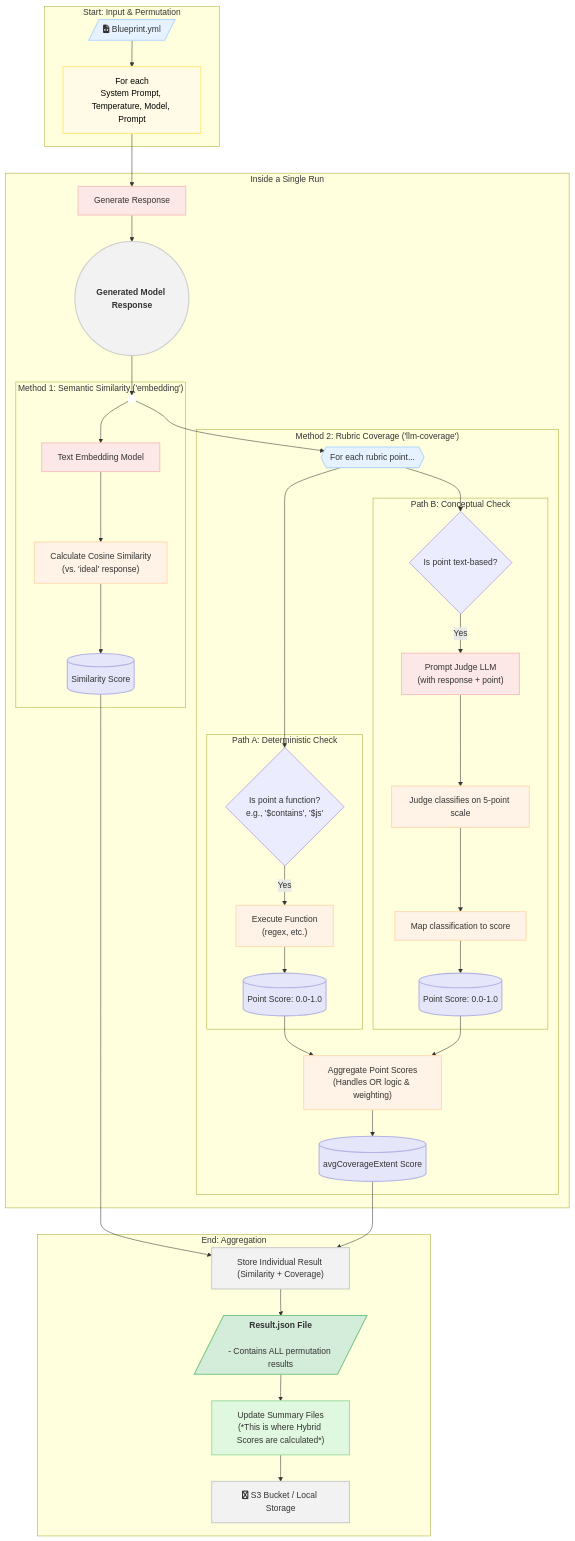
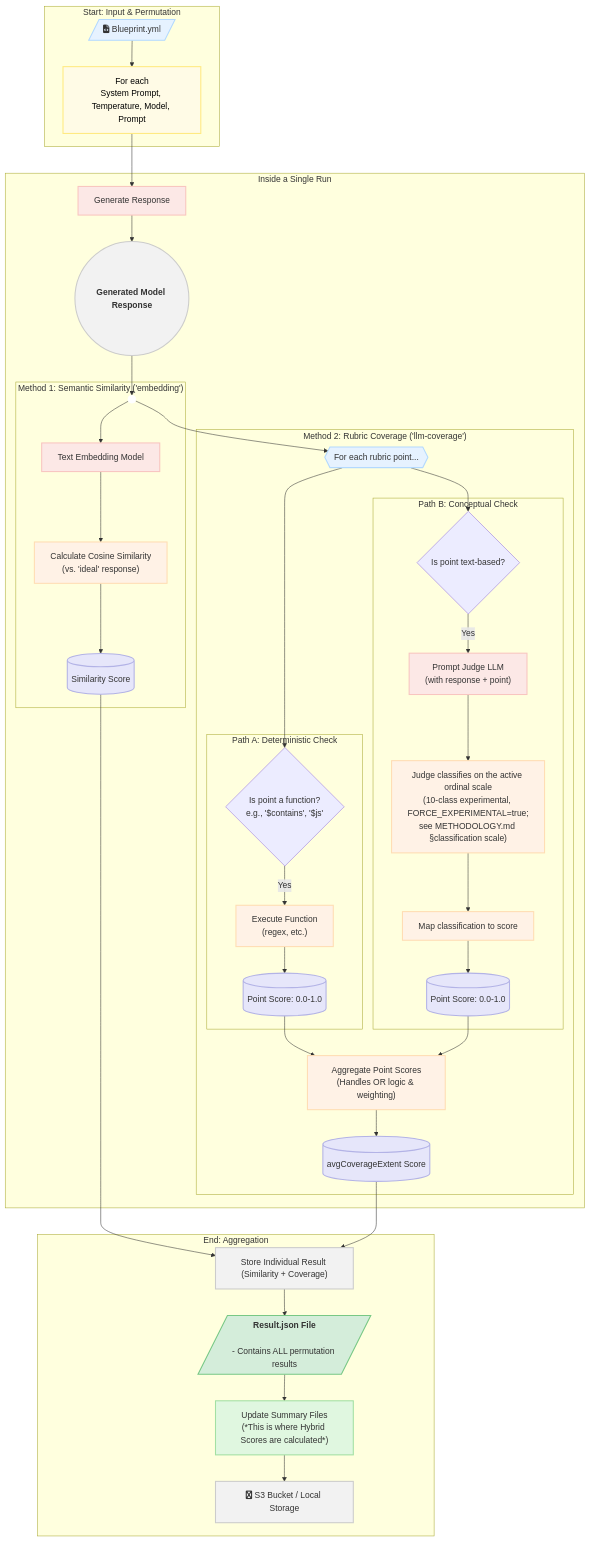
One commit to weval-org/app changed the fourth of 4 diagrams in docs/ARCHITECTURE.md. Above: the diagram before and after it, drawn with Mermaid. The commit also changed other lines of this file, not shown here.

Commit message:
docs: Refine descriptions of automated and interactive workflows, and improve storage architecture section with new data organization insights.

````diff
--- a/docs/ARCHITECTURE.md
+++ b/docs/ARCHITECTURE.md
@@ -170,80 +211,80 @@
 ```mermaid
 graph TD;
     %% Styles
     classDef input fill:#e6f2ff,stroke:#b3d9ff,stroke-width:2px;
     classDef process fill:#e0f7e0,stroke:#a3e0a3,stroke-width:2px;
     classDef loop fill:#fffbe6,stroke:#ffea80,stroke-width:2px,color:black;
     classDef data fill:#f2f2f2,stroke:#ccc,stroke-width:2px;
     classDef eval fill:#fff2e6,stroke:#ffddb3,stroke-width:2px;
     classDef llm fill:#fce8e6,stroke:#f8c5c0,stroke-width:2px;
     classDef score fill:#e6e6fa,stroke:#b3b3e6,stroke-width:2px;
     classDef final fill:#d4edda,stroke:#78c885,stroke-width:2px;
 
     %% --- 1. Blueprint Definition & Parsing ---
     subgraph "Start: Input & Permutation"
         A[/"fa:fa-file-code Blueprint.yml"/]:::input;
         Loop["For each<br>System Prompt, Temperature, Model, Prompt"]:::loop;
         A --> Loop;
     end
 
     %% --- 2. Single Run Execution ---
     subgraph "Inside a Single Run"
         D["Generate Response"]:::llm;
         Loop --> D;
         E(("<div style='font-weight:bold'>Generated Model Response</div>")):::data;
         D --> E;
         
         E_split(( ))
         style E_split fill:#fff,stroke:#fff
         E --> E_split
 
         subgraph "Method 1: Semantic Similarity ('embedding')"
             H["Text Embedding Model"]:::llm;
             I["Calculate Cosine Similarity<br>(vs. 'ideal' response)"]:::eval;
             J[("Similarity Score")]:::score;
             E_split --> H --> I --> J;
         end
 
         subgraph "Method 2: Rubric Coverage ('llm-coverage')"
             K{{"For each rubric point..."}}:::input;
             E_split --> K;
 
             subgraph "Path A: Deterministic Check"
                 L{"Is point a function?<br>e.g., '$contains', '$js'"}
                 M["Execute Function<br>(regex, etc.)"]:::eval;
                 N[("Point Score: 0.0-1.0")]:::score;
                 L -- Yes --> M --> N;
             end
 
             subgraph "Path B: Conceptual Check"
                 O{"Is point text-based?"}
                 P["Prompt Judge LLM<br>(with response + point)"]:::llm;
-                Q["Judge classifies on 5-point scale"]:::eval;
+                Q["Judge classifies on the active ordinal scale<br>(10-class experimental, FORCE_EXPERIMENTAL=true;<br>see METHODOLOGY.md §classification scale)"]:::eval;
                 R["Map classification to score"]:::eval;
                 S[("Point Score: 0.0-1.0")]:::score;
                 O -- Yes --> P --> Q --> R --> S;
             end
             
             K --> L & O;
 
             T["Aggregate Point Scores<br>(Handles OR logic & weighting)"]:::eval;
             U[("avgCoverageExtent Score")]:::score;
             N --> T;
             S --> T;
             T --> U;
         end
     end
 
     V["Store Individual Result (Similarity + Coverage)"]:::data;
     J --> V;
     U --> V;
 
     %% --- 3. Final Aggregation & Storage (Post-Loop) ---
     subgraph "End: Aggregation"
         W[/"<div style='font-weight:bold'>Result.json File</div><br/>- Contains ALL permutation results"/]:::final;
         X["Update Summary Files<br>(*This is where Hybrid Scores are calculated*)"]:::process;
         Y["fa:fa-aws S3 Bucket / Local Storage"]:::data;
         
         V --> W --> X --> Y;
     end
 ```
````
